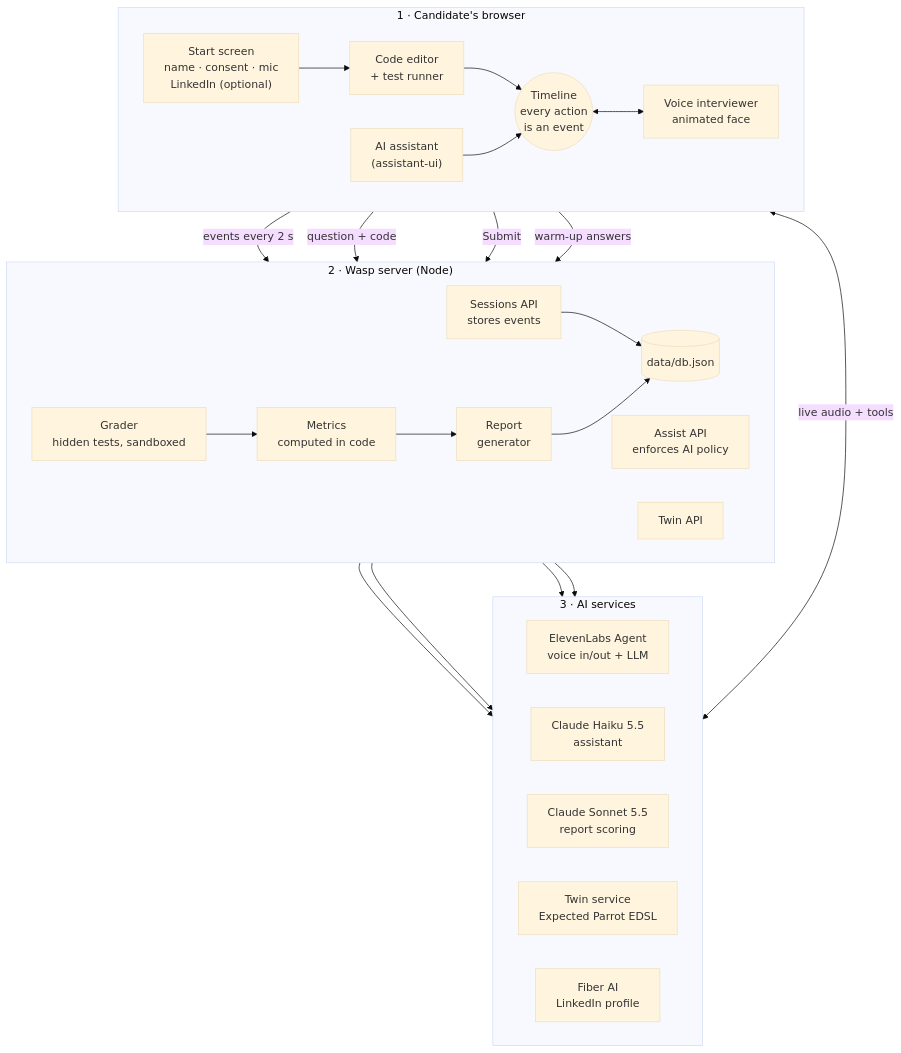
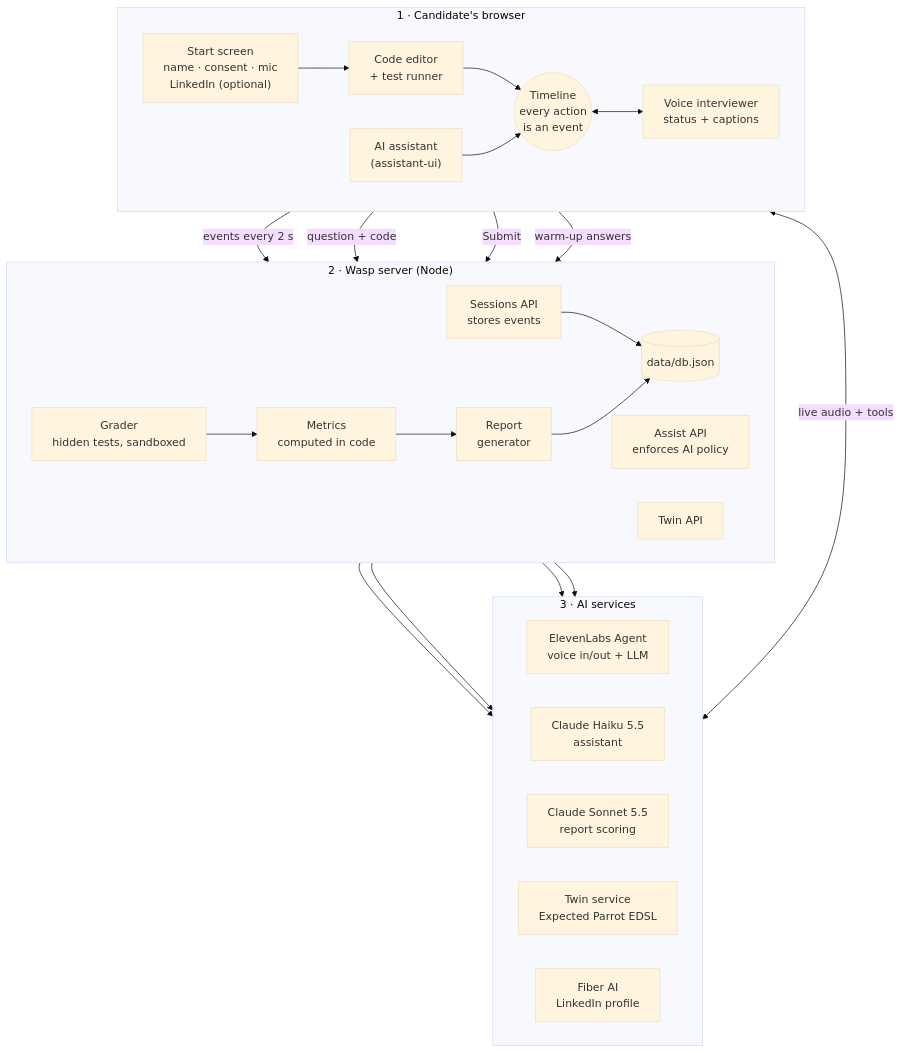
One commit to shaurmittal/ychacks changed the diagram in docs/HOW_IT_WORKS.md. Above: the diagram before and after it, drawn with Mermaid (base theme). The commit also changed other lines of this file and 1 other file, not shown here.

Commit message:
Docs: drop the interviewer face from HOW_IT_WORKS

````diff
--- a/docs/HOW_IT_WORKS.md
+++ b/docs/HOW_IT_WORKS.md
@@ -11,45 +11,45 @@
 ```mermaid
 flowchart TB
   subgraph Browser["1 · Candidate's browser"]
     direction LR
     Start["Start screen<br/>name · consent · mic<br/>LinkedIn (optional)"]
     Editor["Code editor<br/>+ test runner"]
     Assistant["AI assistant<br/>(assistant-ui)"]
-    Voice["Voice interviewer<br/>animated face"]
+    Voice["Voice interviewer<br/>status + captions"]
     Bus(("Timeline<br/>every action<br/>is an event"))
     Start --> Editor
     Editor --> Bus
     Assistant --> Bus
     Bus <--> Voice
   end
 
   subgraph Server["2 · Wasp server (Node)"]
     direction LR
     Sessions["Sessions API<br/>stores events"]
     Assist["Assist API<br/>enforces AI policy"]
     TwinAPI["Twin API"]
     Grader["Grader<br/>hidden tests, sandboxed"]
     Metrics["Metrics<br/>computed in code"]
     Report["Report<br/>generator"]
     Store[("data/db.json")]
     Sessions --> Store
     Grader --> Metrics --> Report --> Store
   end
 
   subgraph Outside["3 · AI services"]
     direction LR
     EL["ElevenLabs Agent<br/>voice in/out + LLM"]
     Haiku["Claude Haiku 5.5<br/>assistant"]
     Sonnet["Claude Sonnet 5.5<br/>report scoring"]
     Twin["Twin service<br/>Expected Parrot EDSL"]
     Fiber["Fiber AI<br/>LinkedIn profile"]
   end
 
   Bus -- "events every 2 s" --> Sessions
   Assistant -- "question + code" --> Assist --> Haiku
   Editor -- "Submit" --> Grader
   Voice <-- "live audio + tools" --> EL
   Voice -- "warm-up answers" --> TwinAPI --> Twin
   TwinAPI --> Fiber
   Report --> Sonnet
 ```
````
